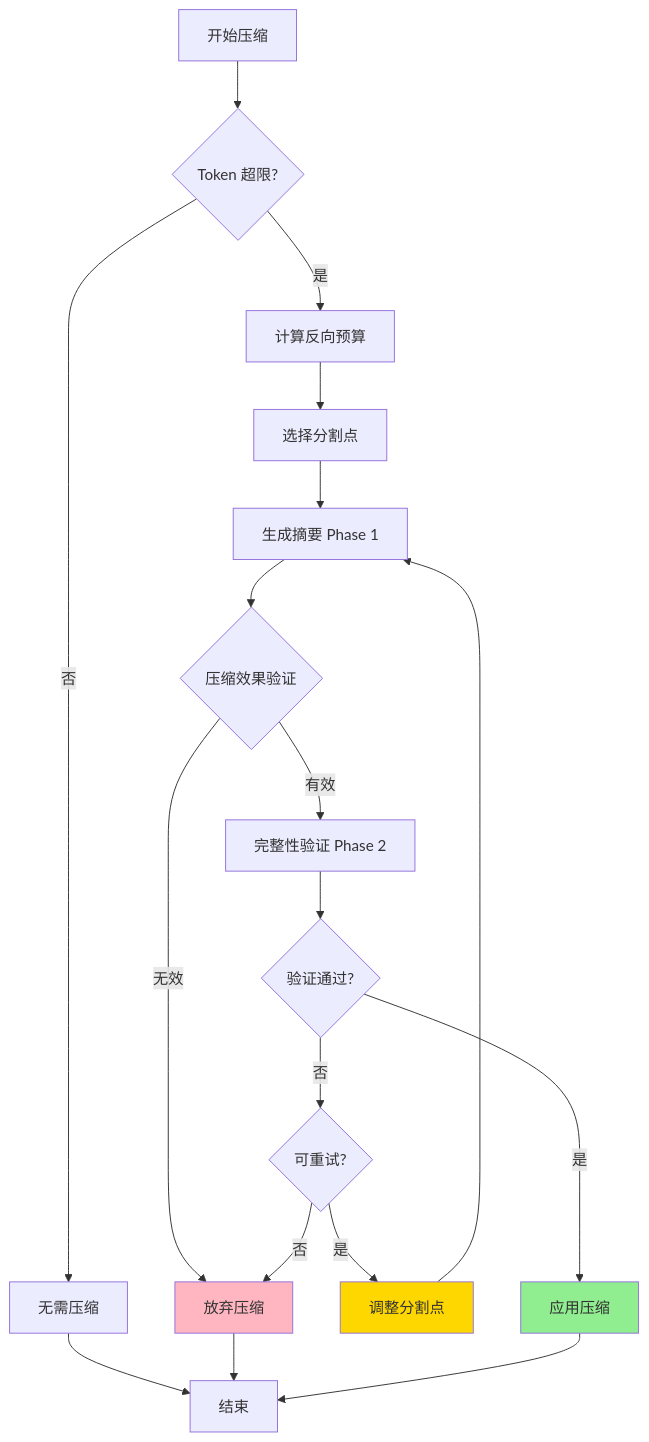
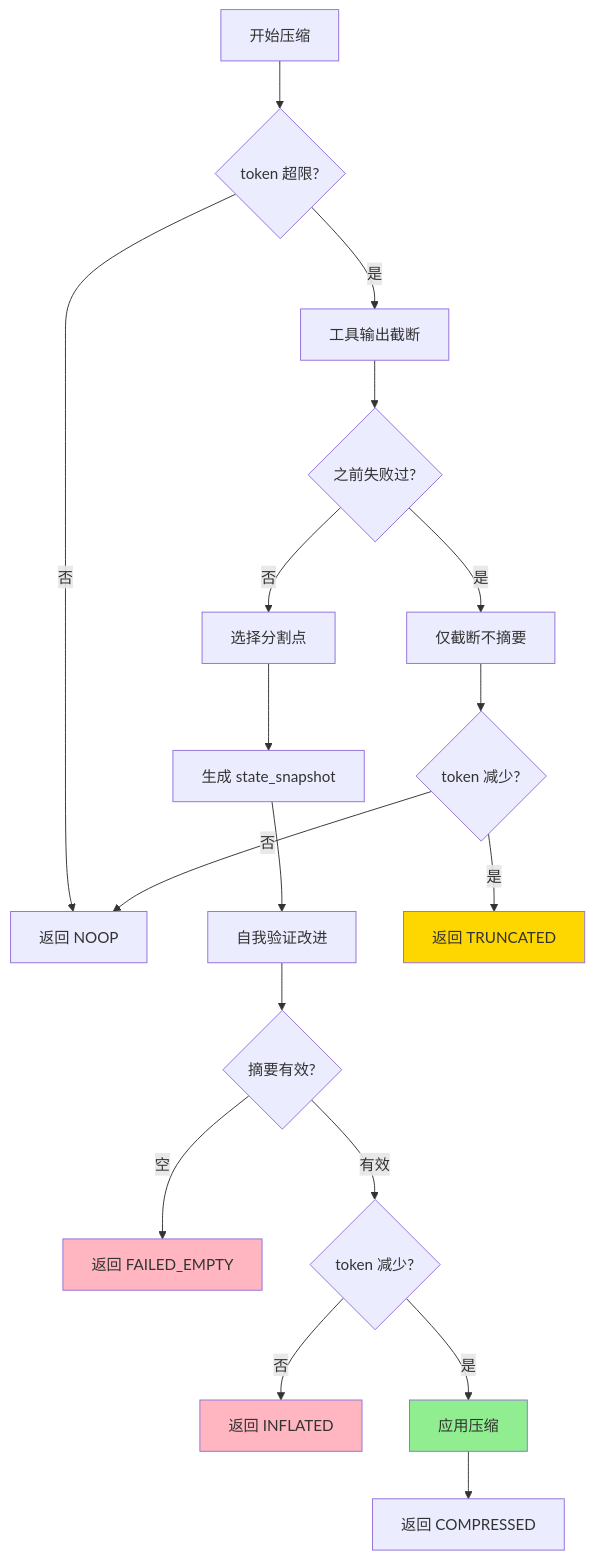
One commit to giraffe-tree/agent-base changed the third of 11 diagrams in docs/gemini-cli/questions/gemini-cli-context-compaction.md. Above: the diagram before and after it, drawn with Mermaid. The commit also changed other lines of this file and 39 other files, not shown here.

````diff
--- a/docs/gemini-cli/questions/gemini-cli-context-compaction.md
+++ b/docs/gemini-cli/questions/gemini-cli-context-compaction.md
@@ -199,24 +210,25 @@
 ```mermaid
 flowchart TD
-    A[开始压缩] --> B{Token 超限?}
-    B -->|否| C[无需压缩]
-    B -->|是| D[计算反向预算]
-    D --> E[选择分割点]
-    E --> F[生成摘要 Phase 1]
-    F --> G{压缩效果验证}
-    G -->|无效| H[放弃压缩]
-    G -->|有效| I[完整性验证 Phase 2]
-    I --> J{验证通过?}
-    J -->|否| K{可重试?}
-    K -->|是| L[调整分割点]
-    K -->|否| H
-    L --> F
-    J -->|是| M[应用压缩]
-    C --> N[结束]
-    H --> N
-    M --> N
+    A[开始压缩] --> B{token 超限?}
+    B -->|否| C[返回 NOOP]
+    B -->|是| D[工具输出截断]
+    D --> E{之前失败过?}
+    E -->|是| F[仅截断不摘要]
+    E -->|否| G[选择分割点]
+    G --> H[生成 state_snapshot]
+    H --> I[自我验证改进]
+    I --> J{摘要有效?}
+    J -->|空| K[返回 FAILED_EMPTY]
+    J -->|有效| L{token 减少?}
+    L -->|否| M[返回 INFLATED]
+    L -->|是| N[应用压缩]
+    N --> O[返回 COMPRESSED]
+    F --> P{token 减少?}
+    P -->|是| Q[返回 TRUNCATED]
+    P -->|否| C
 
-    style M fill:#90EE90
-    style H fill:#FFB6C1
-    style L fill:#FFD700
+    style N fill:#90EE90
+    style K fill:#FFB6C1
+    style M fill:#FFB6C1
+    style Q fill:#FFD700
 ```
````
